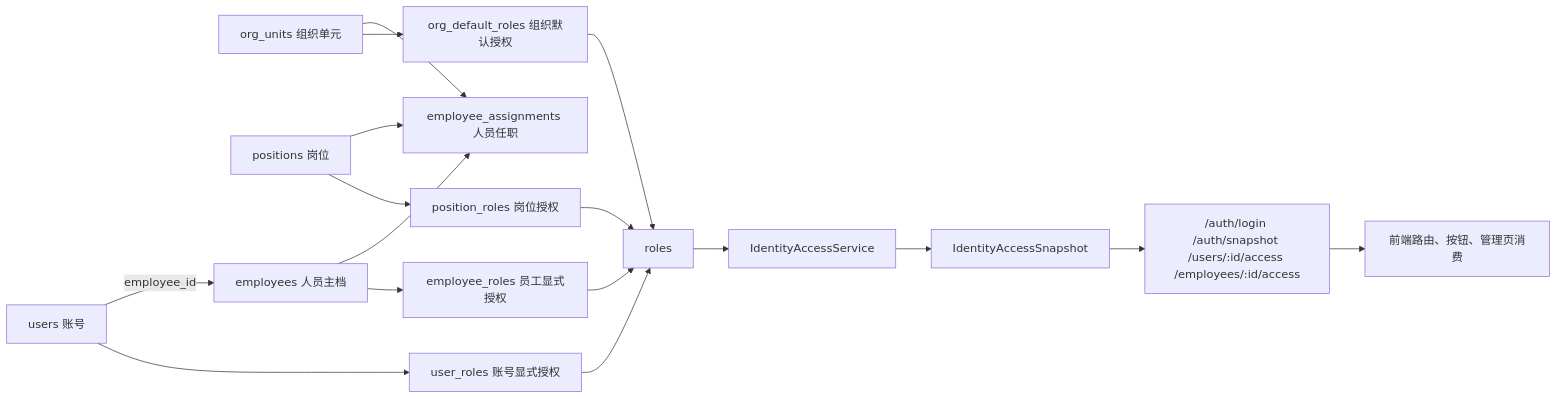
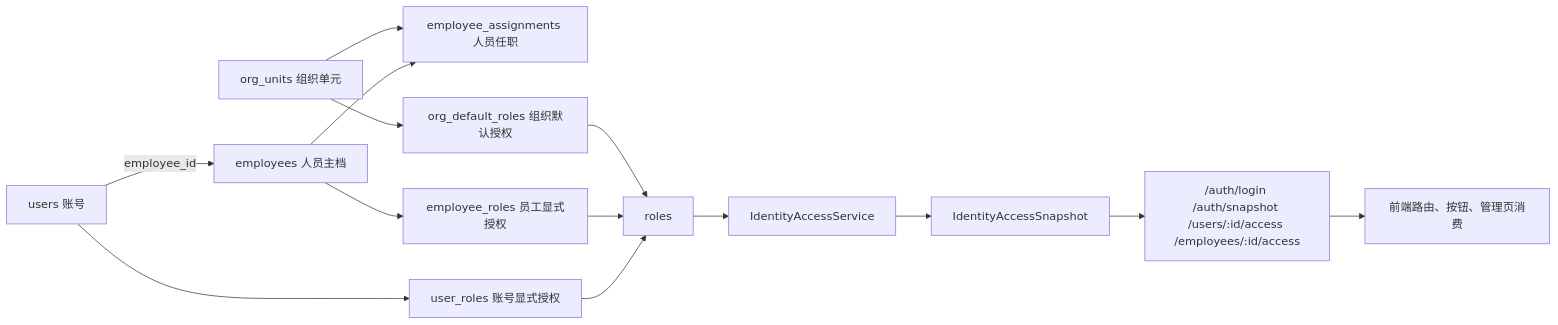
One commit to tanzanite2025/erp-mes-crm-plm changed the diagram in docs/architecture/组织-人员-账号-权限统一实施方案.md. Above: the diagram before and after it, drawn with Mermaid. The commit also changed other lines of this file and 13 other files, not shown here.

Commit message:
docs: close stale architecture and security notes

````diff
--- a/docs/architecture/组织-人员-账号-权限统一实施方案.md
+++ b/docs/architecture/组织-人员-账号-权限统一实施方案.md
@@ -42,19 +44,16 @@
 ```mermaid
 flowchart LR
     A["org_units 组织单元"] --> B["employee_assignments 人员任职"]
-    C["positions 岗位"] --> B
     D["employees 人员主档"] --> B
     E["users 账号"] -->|employee_id| D
     A --> F["org_default_roles 组织默认授权"]
-    C --> G["position_roles 岗位授权"]
     D --> H["employee_roles 员工显式授权"]
     E --> I["user_roles 账号显式授权"]
     F --> J["roles"]
-    G --> J
     H --> J
     I --> J
     J --> K["IdentityAccessService"]
     K --> L["IdentityAccessSnapshot"]
     L --> M["/auth/login /auth/snapshot /users/:id/access /employees/:id/access"]
     M --> N["前端路由、按钮、管理页消费"]
 ```
````
